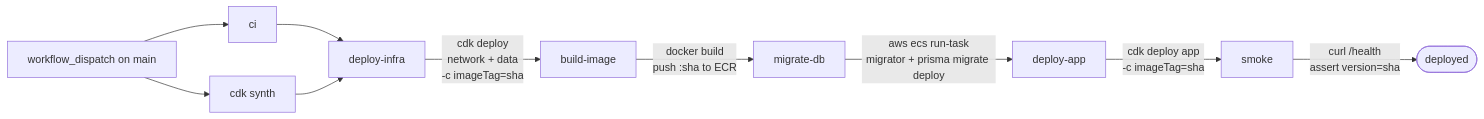
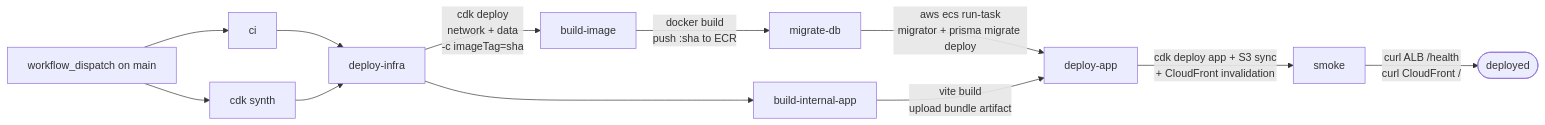
One commit to ashleyjtaylor/template changed the second of 2 diagrams in docs/system-design.md. Above: the diagram before and after it, drawn with Mermaid. The commit also changed other lines of this file and 52 other files, not shown here.

First line of the commit message:
feat(internal): SPA + audit-log read API + staff bootstrap (#33)

````diff
--- a/docs/system-design.md
+++ b/docs/system-design.md
@@ -63,12 +74,14 @@
 ```mermaid
 graph LR
     Push[workflow_dispatch on main] --> CI[ci]
     Push --> CDK[cdk synth]
     CI --> Infra[deploy-infra]
     CDK --> Infra
     Infra -->|cdk deploy<br/>network + data<br/>-c imageTag=sha| Build[build-image]
+    Infra --> BuildSpa[build-internal-app]
     Build -->|docker build<br/>push :sha to ECR| Migrate[migrate-db]
     Migrate -->|aws ecs run-task<br/>migrator + prisma migrate deploy| App[deploy-app]
-    App -->|cdk deploy app<br/>-c imageTag=sha| Smoke[smoke]
-    Smoke -->|curl /health<br/>assert version=sha| Done([deployed])
+    BuildSpa -->|vite build<br/>upload bundle artifact| App
+    App -->|cdk deploy app + S3 sync<br/>+ CloudFront invalidation| Smoke[smoke]
+    Smoke -->|curl ALB /health<br/>curl CloudFront /| Done([deployed])
 ```
````
